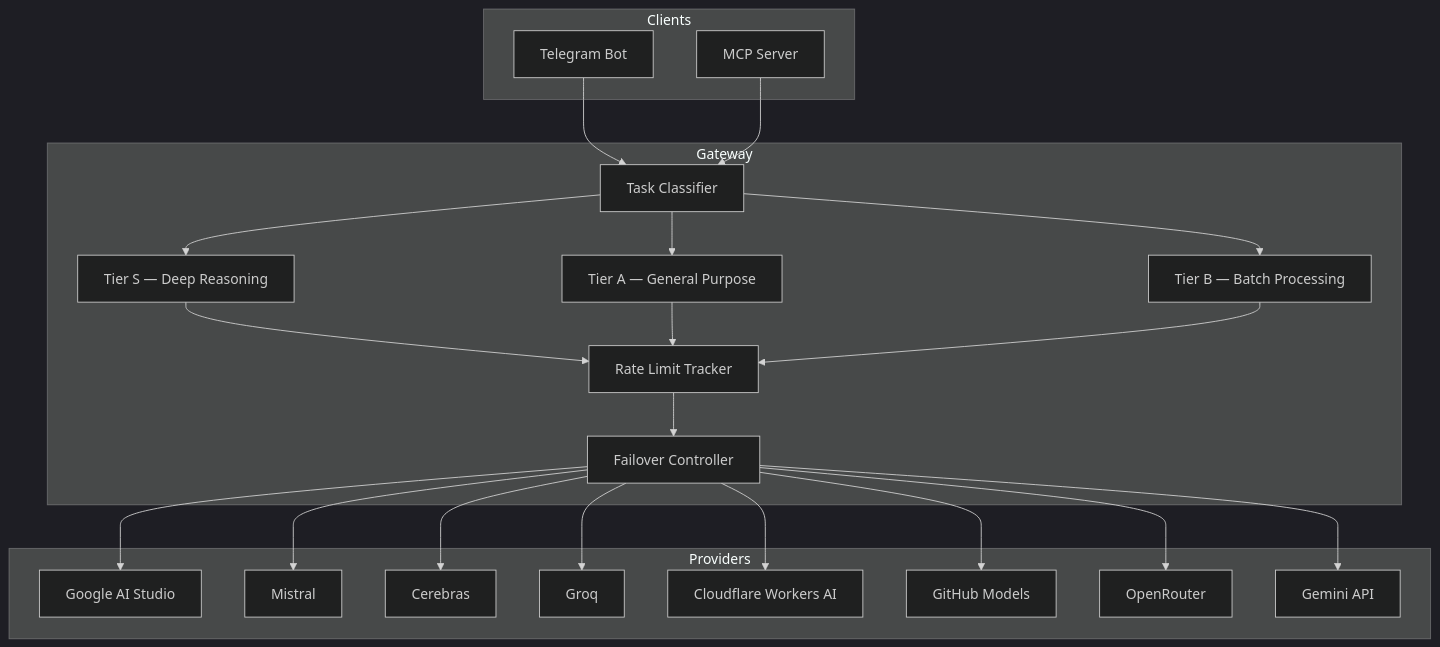
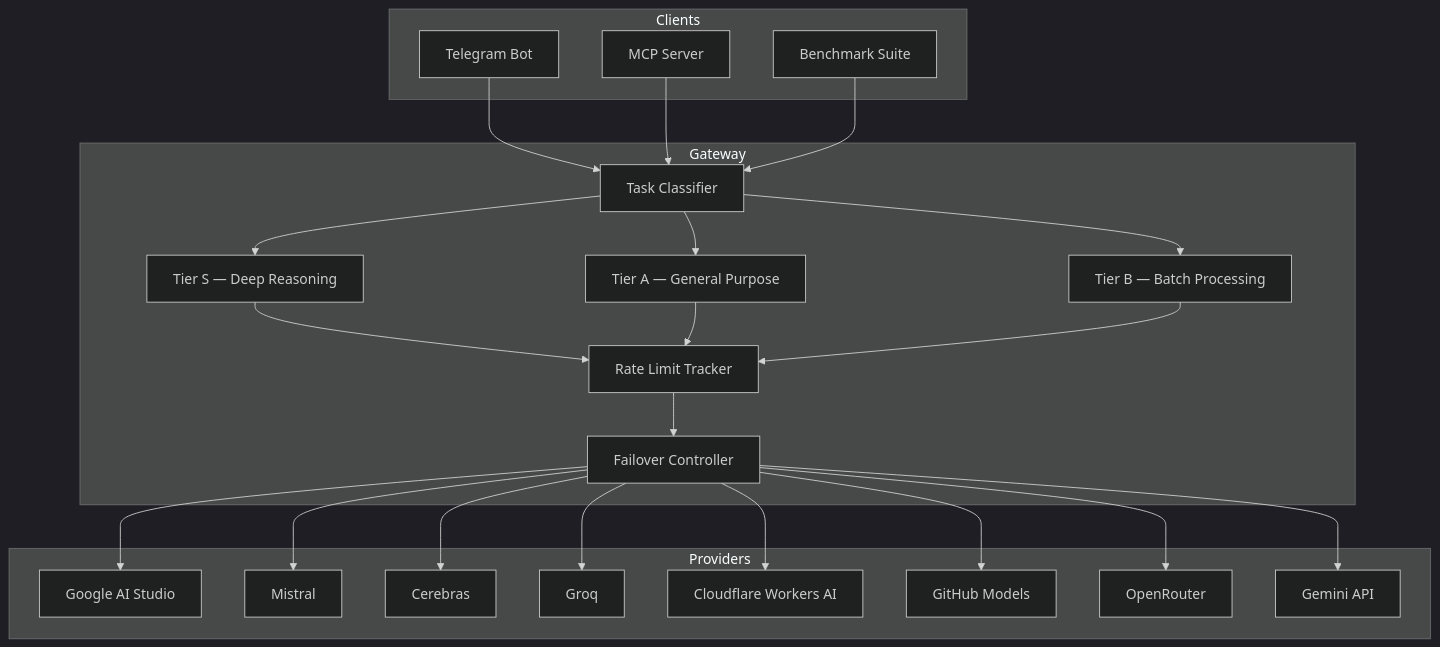
Before and after one commit to tengigabytes/Echeneis: the diagram in README.md, drawn with Mermaid (dark theme). The commit also changed other lines of this file and 31 other files, not shown here.

First line of the commit message:
feat(bench): add automated 7-dimension benchmark suite with Telegram /bench command

````diff
--- a/README.md
+++ b/README.md
@@ -20,49 +21,51 @@
 ```mermaid
 graph TD
     subgraph Clients
         TB[Telegram Bot]
         MCP[MCP Server]
+        BM[Benchmark Suite]
     end
 
     subgraph Gateway
         TC[Task Classifier]
         TS[Tier S — Deep Reasoning]
         TA[Tier A — General Purpose]
         TBT[Tier B — Batch Processing]
         RL[Rate Limit Tracker]
         FO[Failover Controller]
     end
 
     subgraph Providers
         GAS[Google AI Studio]
         MIS[Mistral]
         CER[Cerebras]
         GRQ[Groq]
         CF[Cloudflare Workers AI]
         GH[GitHub Models]
         OR[OpenRouter]
         GEM[Gemini API]
     end
 
     TB --> TC
     MCP --> TC
+    BM --> TC
 
     TC --> TS
     TC --> TA
     TC --> TBT
 
     TS --> RL
     TA --> RL
     TBT --> RL
 
     RL --> FO
 
     FO --> GAS
     FO --> MIS
     FO --> CER
     FO --> GRQ
     FO --> CF
     FO --> GH
     FO --> OR
     FO --> GEM
 ```
````
